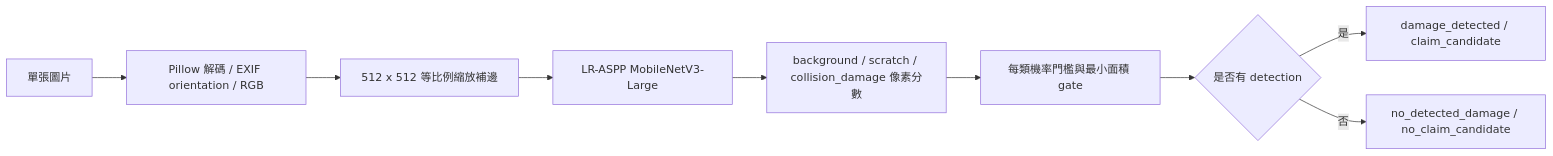
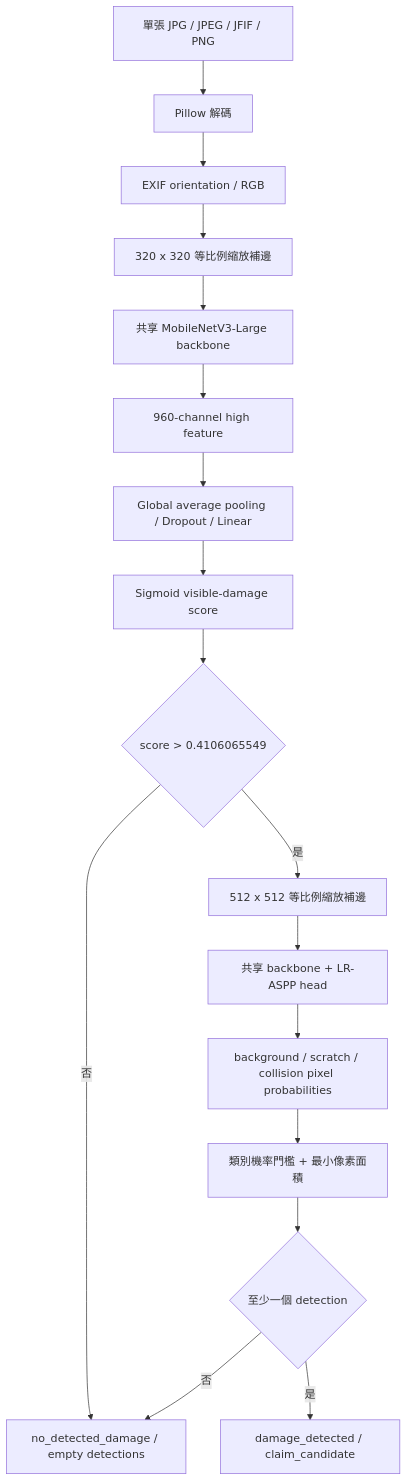
Before and after one commit to chenghao55/Hotai-Hackton-jjteam: the diagram in module_b/ARCHITECTURE.md, drawn with Mermaid. The commit also changed other lines of this file and 1 other file, not shown here.

Commit message:
docs(module-b): document multitask fine-tuning architecture

````diff
--- a/module_b/ARCHITECTURE.md
+++ b/module_b/ARCHITECTURE.md
@@ -15,11 +26,19 @@
 ```mermaid
-flowchart LR
-    A[單張圖片] --> B[Pillow 解碼 / EXIF orientation / RGB]
-    B --> C[512 x 512 等比例縮放補邊]
-    C --> D[LR-ASPP MobileNetV3-Large]
-    D --> E[background / scratch / collision_damage 像素分數]
-    E --> F[每類機率門檻與最小面積 gate]
-    F --> G{是否有 detection}
-    G -->|是| H[damage_detected / claim_candidate]
-    G -->|否| I[no_detected_damage / no_claim_candidate]
+flowchart TD
+    A[單張 JPG / JPEG / JFIF / PNG] --> B[Pillow 解碼]
+    B --> C[EXIF orientation / RGB]
+    C --> D[320 x 320 等比例縮放補邊]
+    D --> E[共享 MobileNetV3-Large backbone]
+    E --> F[960-channel high feature]
+    F --> G[Global average pooling / Dropout / Linear]
+    G --> H[Sigmoid visible-damage score]
+    H --> I{score > 0.4106065549}
+    I -->|否| J[no_detected_damage / empty detections]
+    I -->|是| K[512 x 512 等比例縮放補邊]
+    K --> L[共享 backbone + LR-ASPP head]
+    L --> M[background / scratch / collision pixel probabilities]
+    M --> N[類別機率門檻 + 最小像素面積]
+    N --> O{至少一個 detection}
+    O -->|是| P[damage_detected / claim_candidate]
+    O -->|否| J
 ```
````
